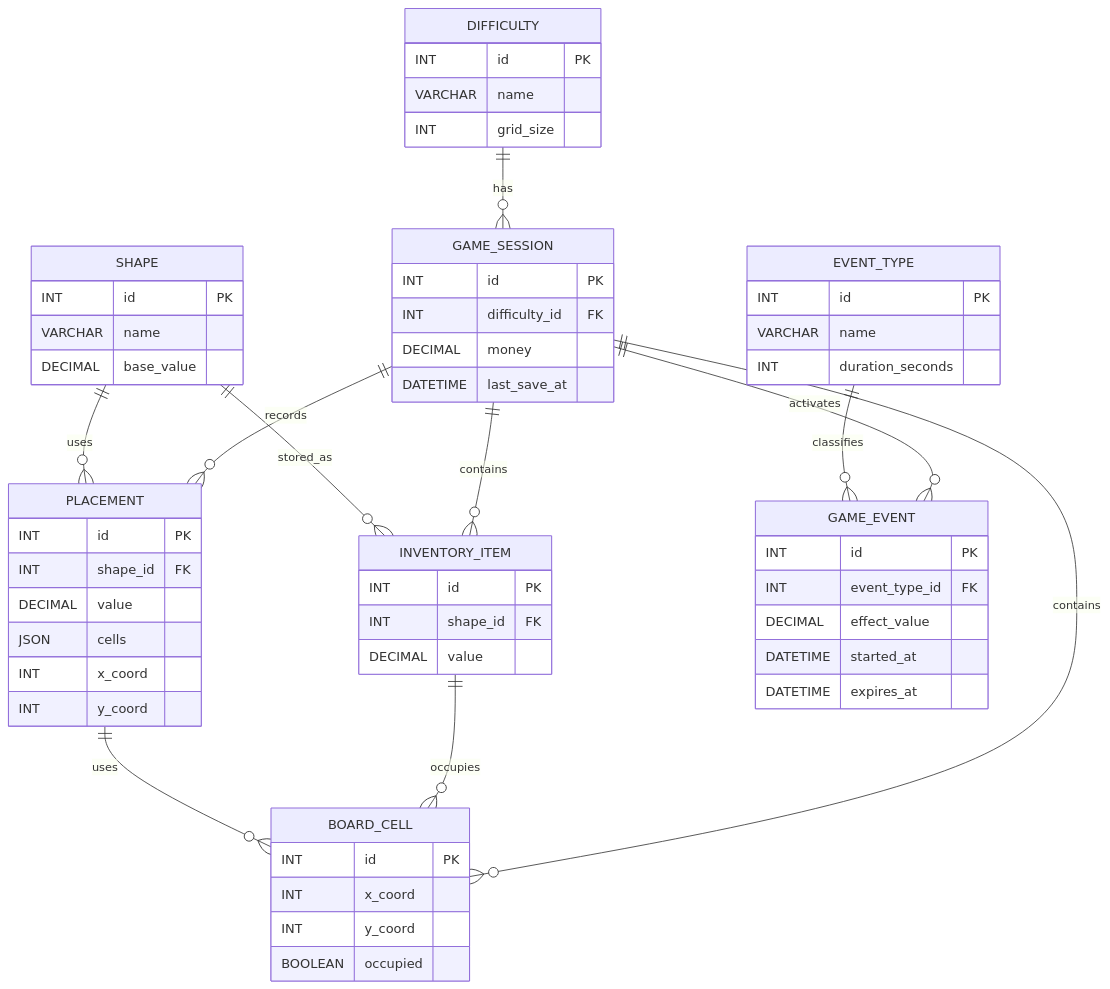
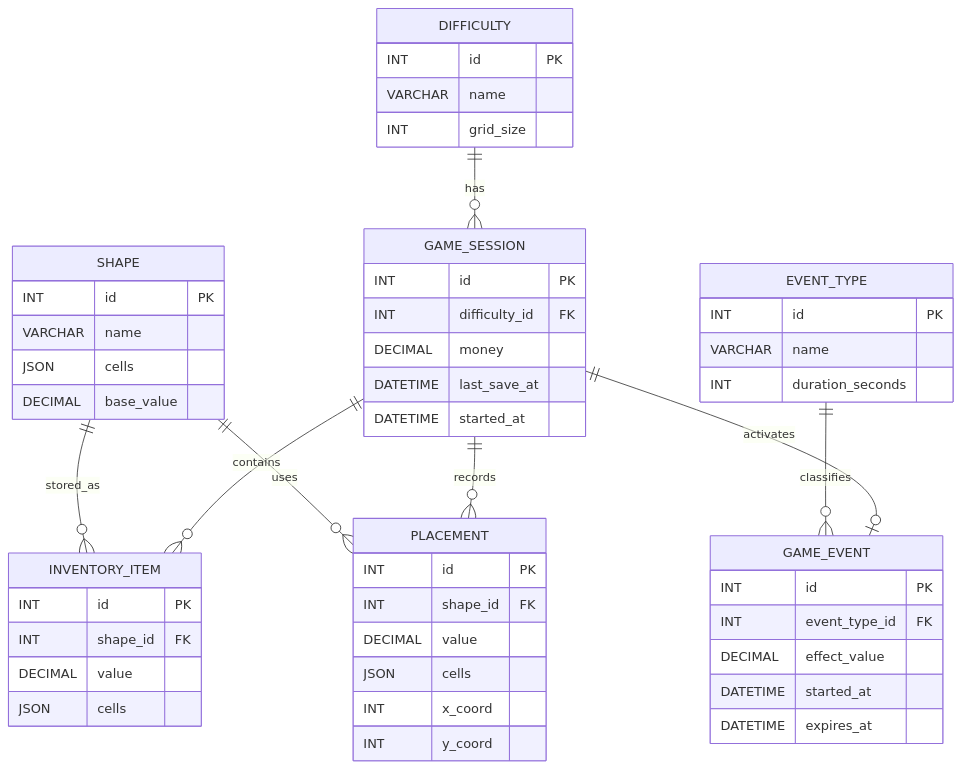
Before and after one commit to Andris07/idle_game_school_project: the diagram in Documentations/SQL_Diagram.md, drawn with Mermaid. The commit also changed 3 other files, not shown here.

````diff
--- a/Documentations/SQL_Diagram.md
+++ b/Documentations/SQL_Diagram.md
@@ -3,75 +3,67 @@
 ```mermaid
 erDiagram
 
     DIFFICULTY ||--o{ GAME_SESSION : has
 
     GAME_SESSION ||--o{ INVENTORY_ITEM : contains
     SHAPE ||--o{ INVENTORY_ITEM : stored_as
 
-    GAME_SESSION ||--o{ BOARD_CELL : contains
-    INVENTORY_ITEM ||--o{ BOARD_CELL : occupies
-
     GAME_SESSION ||--o{ PLACEMENT : records
     SHAPE ||--o{ PLACEMENT : uses
-    PLACEMENT ||--o{ BOARD_CELL : uses
 
-    GAME_SESSION ||--o{ GAME_EVENT : activates
+    GAME_SESSION ||--o| GAME_EVENT : activates
     EVENT_TYPE ||--o{ GAME_EVENT : classifies
 
 
     DIFFICULTY {
         INT id PK
         VARCHAR name
         INT grid_size
     }
 
     GAME_SESSION {
         INT id PK
         INT difficulty_id FK
         DECIMAL money
         DATETIME last_save_at
+        DATETIME started_at
     }
 
     SHAPE {
         INT id PK
         VARCHAR name
+        JSON cells
         DECIMAL base_value
     }
 
     INVENTORY_ITEM {
         INT id PK
         INT shape_id FK
         DECIMAL value
-    }
-
-    BOARD_CELL {
-        INT id PK
-        INT x_coord
-        INT y_coord
-        BOOLEAN occupied
+        JSON cells
     }
 
     PLACEMENT {
         INT id PK
         INT shape_id FK
         DECIMAL value
         JSON cells
         INT x_coord
         INT y_coord
     }
 
     EVENT_TYPE {
         INT id PK
         VARCHAR name
         INT duration_seconds
     }
 
     GAME_EVENT {
         INT id PK
         INT event_type_id FK
         DECIMAL effect_value
         DATETIME started_at
         DATETIME expires_at
     }
 
 ```
````
